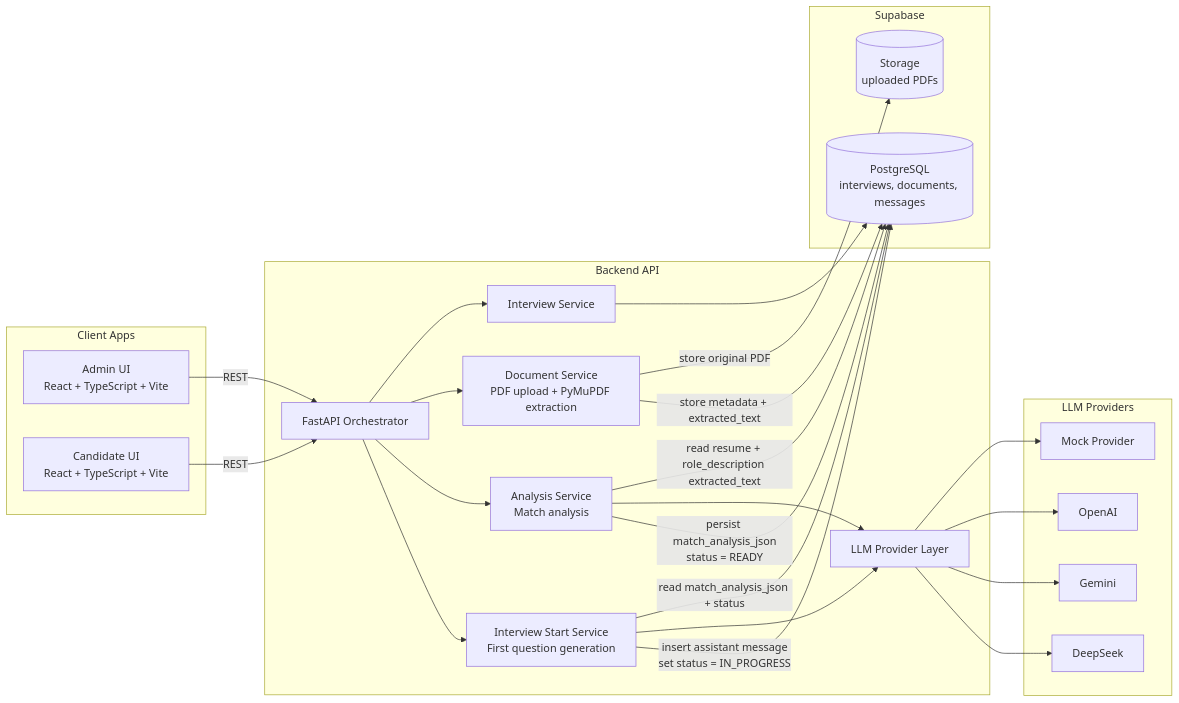
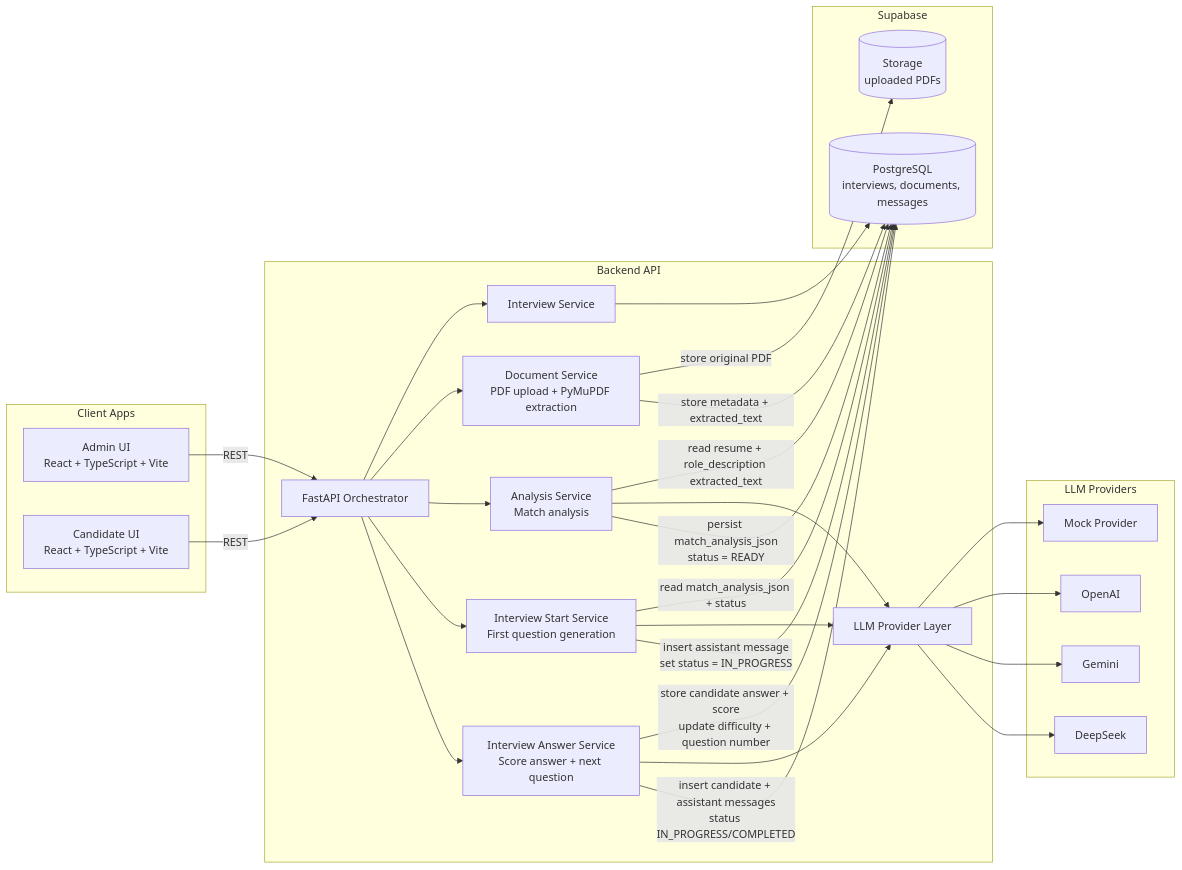
Before and after one commit to joseluismuzikant/ai-interviewer-chatbot: the diagram in README.md, drawn with Mermaid. The commit also changed other lines of this file and 2 other files, not shown here.

Commit message:
Answer scoring and next question completed

````diff
--- a/README.md
+++ b/README.md
@@ -75,52 +81,57 @@
 ```mermaid
 flowchart LR
   subgraph Client["Client Apps"]
     A["Admin UI<br/>React + TypeScript + Vite"]
     C["Candidate UI<br/>React + TypeScript + Vite"]
   end
 
   subgraph Backend["Backend API"]
     B["FastAPI Orchestrator"]
     I["Interview Service"]
     DOC["Document Service<br/>PDF upload + PyMuPDF extraction"]
     AN["Analysis Service<br/>Match analysis"]
     STS["Interview Start Service<br/>First question generation"]
+    AS["Interview Answer Service<br/>Score answer + next question"]
     LLM["LLM Provider Layer"]
   end
 
   subgraph Supabase["Supabase"]
     DB[("PostgreSQL<br/>interviews, documents, messages")]
     ST[("Storage<br/>uploaded PDFs")]
   end
 
   subgraph Providers["LLM Providers"]
     M["Mock Provider"]
     O["OpenAI"]
     G["Gemini"]
     D["DeepSeek"]
   end
 
   A -->|"REST"| B
   C -->|"REST"| B
 
   B --> I
   B --> DOC
   B --> AN
   B --> STS
+  B --> AS
 
   DOC -->|"store original PDF"| ST
   DOC -->|"store metadata + extracted_text"| DB
 
   I --> DB
   AN -->|"read resume + role_description extracted_text"| DB
   AN --> LLM
   STS -->|"read match_analysis_json + status"| DB
   STS --> LLM
+  AS -->|"store candidate answer + score<br/>update difficulty + question number"| DB
+  AS --> LLM
   LLM --> M
   LLM --> O
   LLM --> G
   LLM --> D
 
   AN -->|"persist match_analysis_json<br/>status = READY"| DB
   STS -->|"insert assistant message<br/>set status = IN_PROGRESS"| DB
+  AS -->|"insert candidate + assistant messages<br/>status IN_PROGRESS/COMPLETED"| DB
 ```
````
